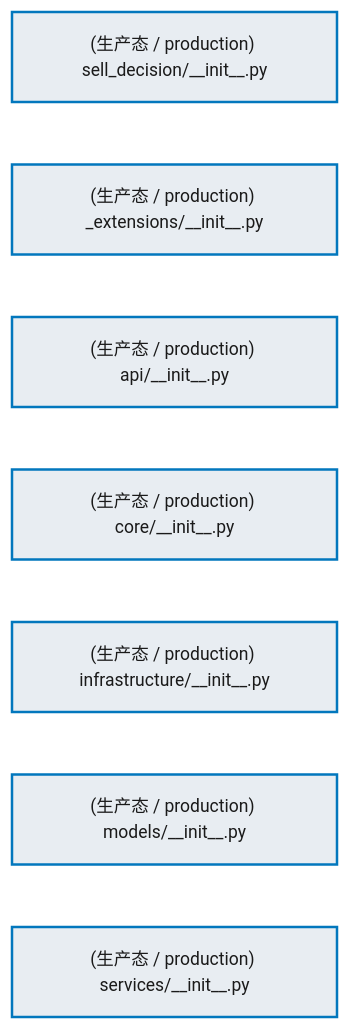
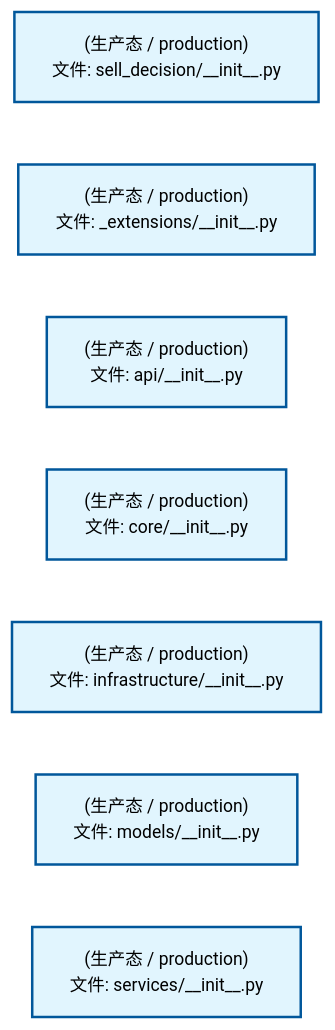
Before and after one commit to xuanFelixVan/ZephyrAlpha: the first of 3 diagrams in docs/02_enterprise_architecture/02_domain_architecture_docs/67_d_sell_decision.md, drawn with Mermaid. The commit also changed other lines of this file and 75 other files, not shown here.

````diff
--- a/docs/02_enterprise_architecture/02_domain_architecture_docs/67_d_sell_decision.md
+++ b/docs/02_enterprise_architecture/02_domain_architecture_docs/67_d_sell_decision.md
@@ -69,22 +69,22 @@
 ```mermaid
 %%{init: {'theme': 'base', 'themeVariables': {'primaryColor': '#eaeaea', 'primaryTextColor': '#333333', 'primaryBorderColor': '#666666', 'lineColor': '#666666', 'secondaryColor': '#eaeaea', 'tertiaryColor': '#eaeaea', 'fontSize': '14px'}}}%%
 flowchart TD
-    src_zephyr_sell_decision_init_py["(生产态 / production) sell_decision/__init__.py"]
-    src_zephyr_sell_decision_extensions_init_py["(生产态 / production) _extensions/__init__.py"]
-    src_zephyr_sell_decision_api_init_py["(生产态 / production) api/__init__.py"]
-    src_zephyr_sell_decision_core_init_py["(生产态 / production) core/__init__.py"]
-    src_zephyr_sell_decision_infrastructure_init_py["(生产态 / production) infrastructure/__init__.py"]
-    src_zephyr_sell_decision_models_init_py["(生产态 / production) models/__init__.py"]
-    src_zephyr_sell_decision_services_init_py["(生产态 / production) services/__init__.py"]
+    src_zephyr_sell_decision_init_py["(生产态 / production)<br/>文件: sell_decision/__init__.py"]
+    src_zephyr_sell_decision_extensions_init_py["(生产态 / production)<br/>文件: _extensions/__init__.py"]
+    src_zephyr_sell_decision_api_init_py["(生产态 / production)<br/>文件: api/__init__.py"]
+    src_zephyr_sell_decision_core_init_py["(生产态 / production)<br/>文件: core/__init__.py"]
+    src_zephyr_sell_decision_infrastructure_init_py["(生产态 / production)<br/>文件: infrastructure/__init__.py"]
+    src_zephyr_sell_decision_models_init_py["(生产态 / production)<br/>文件: models/__init__.py"]
+    src_zephyr_sell_decision_services_init_py["(生产态 / production)<br/>文件: services/__init__.py"]
     src_zephyr_sell_decision_init_py ~~~ src_zephyr_sell_decision_extensions_init_py
     src_zephyr_sell_decision_extensions_init_py ~~~ src_zephyr_sell_decision_api_init_py
     src_zephyr_sell_decision_api_init_py ~~~ src_zephyr_sell_decision_core_init_py
     src_zephyr_sell_decision_core_init_py ~~~ src_zephyr_sell_decision_infrastructure_init_py
     src_zephyr_sell_decision_infrastructure_init_py ~~~ src_zephyr_sell_decision_models_init_py
     src_zephyr_sell_decision_models_init_py ~~~ src_zephyr_sell_decision_services_init_py
-    classDef production fill:#e8edf2,stroke:#0277bd,stroke-width:2px,color:#1a1a1a
-    classDef design fill:#f0ebe3,stroke:#bf360c,stroke-width:2px,color:#1a1a1a,stroke-dasharray: 5 5
-    classDef external_prod fill:#e8efe9,stroke:#1b5e20,stroke-width:1px,color:#1a1a1a
-    classDef external_design fill:#efe5ea,stroke:#880e4f,stroke-width:1px,color:#1a1a1a,stroke-dasharray: 5 5
+    classDef production fill:#e1f5fe,stroke:#01579b,stroke-width:2px,color:#000
+    classDef design fill:#fff3e0,stroke:#e65100,stroke-width:2px,color:#000,stroke-dasharray: 5 5
+    classDef external_prod fill:#e8f4fd,stroke:#0277bd,stroke-width:1px,color:#000
+    classDef external_design fill:#fff8e7,stroke:#ef6c00,stroke-width:1px,color:#000,stroke-dasharray: 5 5
     class src_zephyr_sell_decision_init_py,src_zephyr_sell_decision_extensions_init_py,src_zephyr_sell_decision_api_init_py,src_zephyr_sell_decision_core_init_py,src_zephyr_sell_decision_infrastructure_init_py,src_zephyr_sell_decision_models_init_py,src_zephyr_sell_decision_services_init_py production
 ```
````
